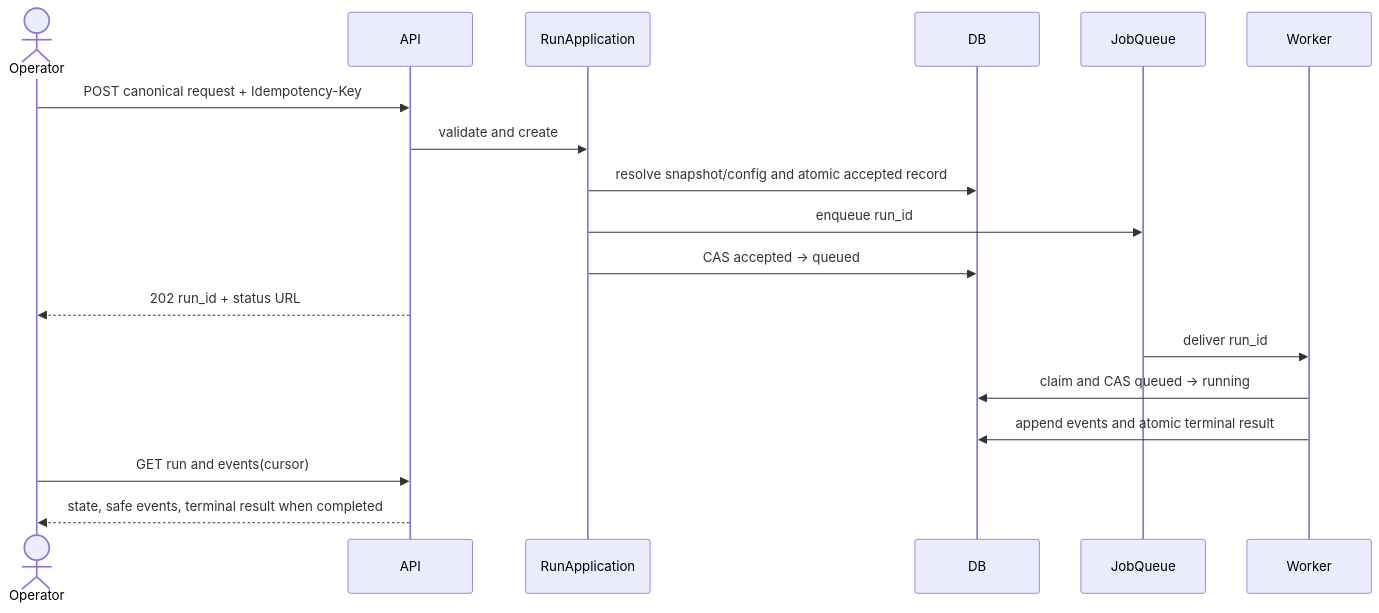
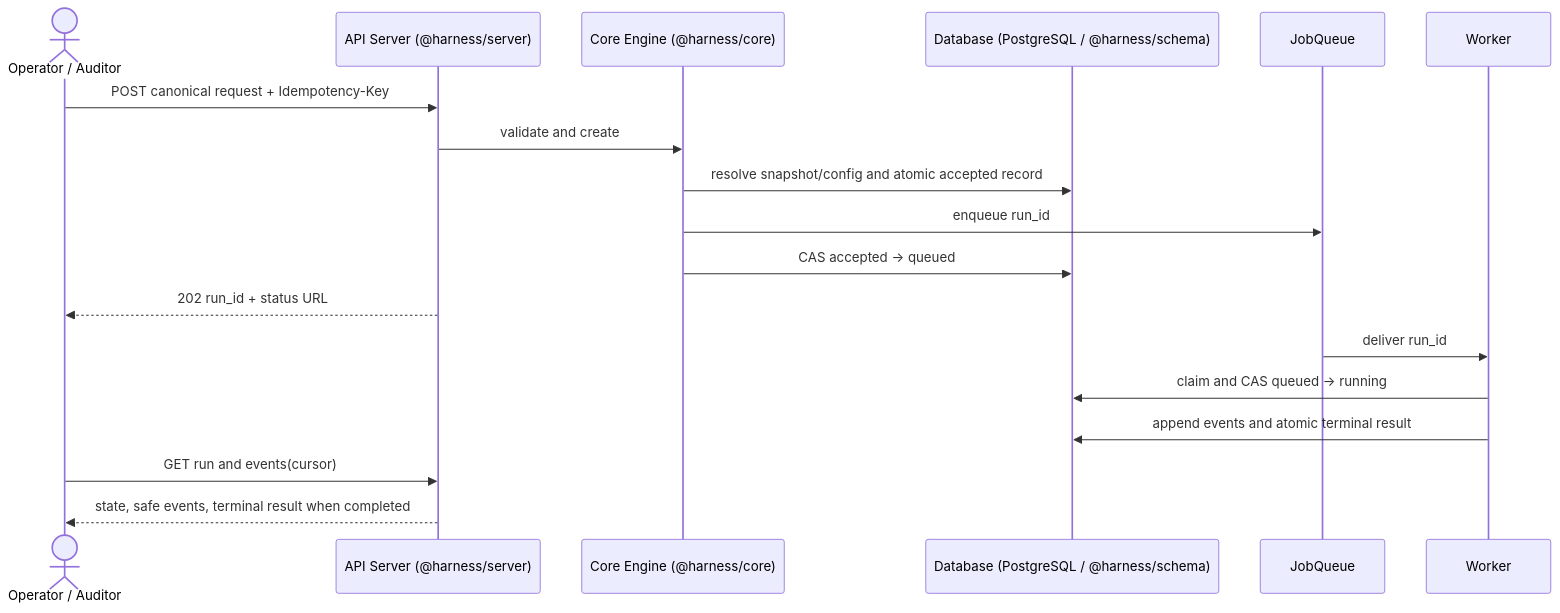
The first of 7 diagrams in blueprint/architecture/sequences.md (DATN-K23/harness), drawn with Mermaid before and after one commit. The commit also changed other lines of this file and 4 other files, not shown here.

Commit message:
docs(blueprint): standardize core identity, tech stack, and architectural sequences

````diff
--- a/blueprint/architecture/sequences.md
+++ b/blueprint/architecture/sequences.md
@@ -12,20 +8,20 @@
 ```mermaid
 sequenceDiagram
-  actor U as Operator
-  participant API
-  participant APP as RunApplication
-  participant DB
+  actor U as Operator / Auditor
+  participant API as API Server (@harness/server)
+  participant APP as Core Engine (@harness/core)
+  participant DB as Database (PostgreSQL / @harness/schema)
   participant Q as JobQueue
   participant W as Worker
   U->>API: POST canonical request + Idempotency-Key
   API->>APP: validate and create
   APP->>DB: resolve snapshot/config and atomic accepted record
   APP->>Q: enqueue run_id
   APP->>DB: CAS accepted -> queued
   API-->>U: 202 run_id + status URL
   Q->>W: deliver run_id
   W->>DB: claim and CAS queued -> running
   W->>DB: append events and atomic terminal result
   U->>API: GET run and events(cursor)
   API-->>U: state, safe events, terminal result when completed
 ```
````
